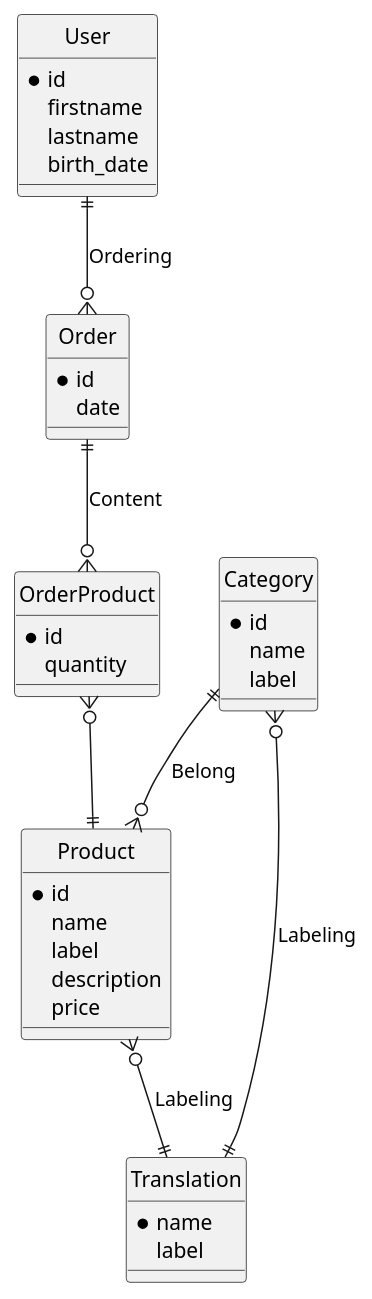
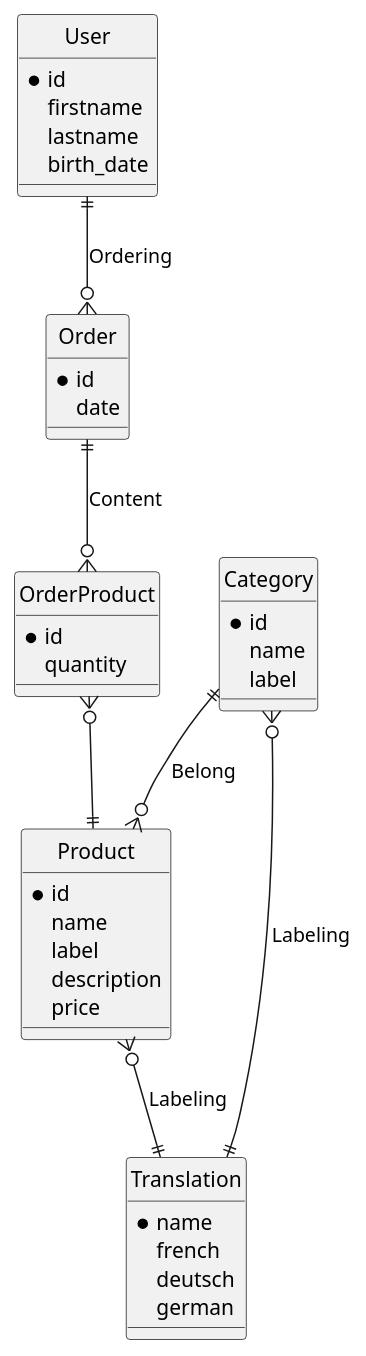
The diagram in schema/entityRelation.puml (ThibBer/SportProducts), drawn with PlantUML before and after one commit.

Commit message:
Add translation table attributes

```diff
--- a/schema/entityRelation.puml
+++ b/schema/entityRelation.puml
@@ -1,48 +1,50 @@
 @startuml
 hide circle
 
 entity User {
     * id
     firstname
     lastname
     birth_date
 }
 
 entity Category {
     * id
     name
     label
 }
 
 entity Product  {
     * id
     name
     label
     description
     price
 }
 
 entity Order {
     *id
     date
 }
 
 entity OrderProduct {
     *id
     quantity
 }
 
 entity Translation {
     * name
-    label
+    french
+    deutsch
+    german
 }
 
 Order ||--o{ OrderProduct : Content
 User ||--o{ Order : Ordering
 Category ||--o{ Product : Belong
 OrderProduct }o--|| Product
 
 Category }o--|| Translation : Labeling
 Product }o--|| Translation : Labeling
 
 @enduml
```
